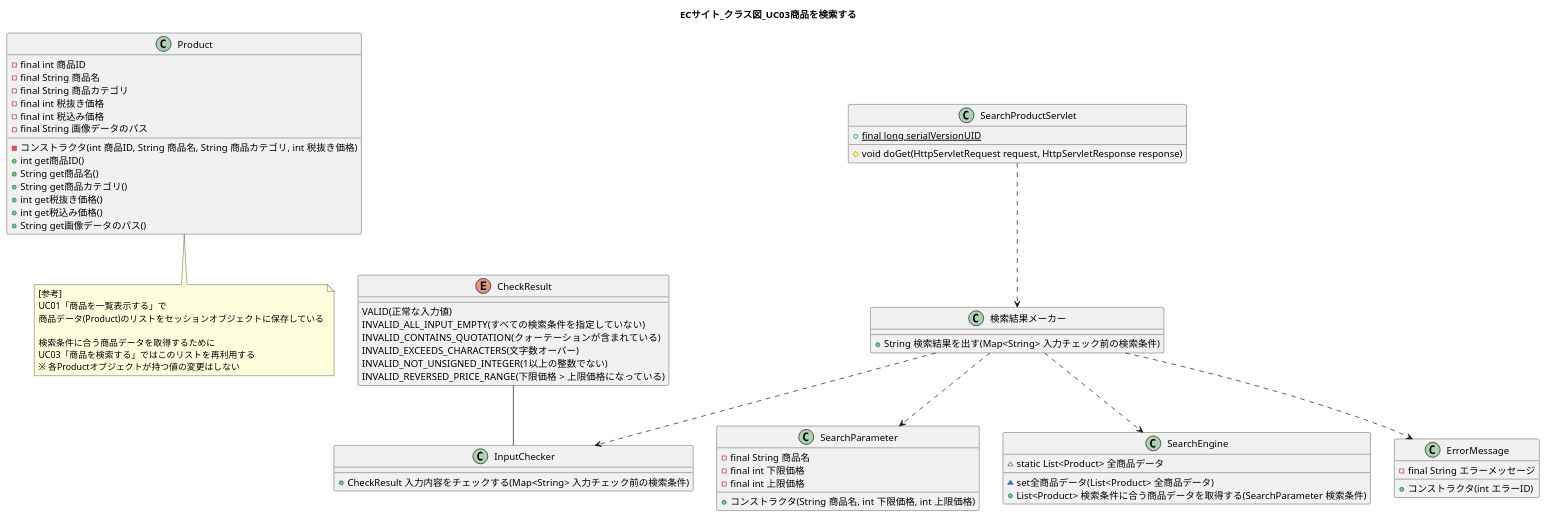
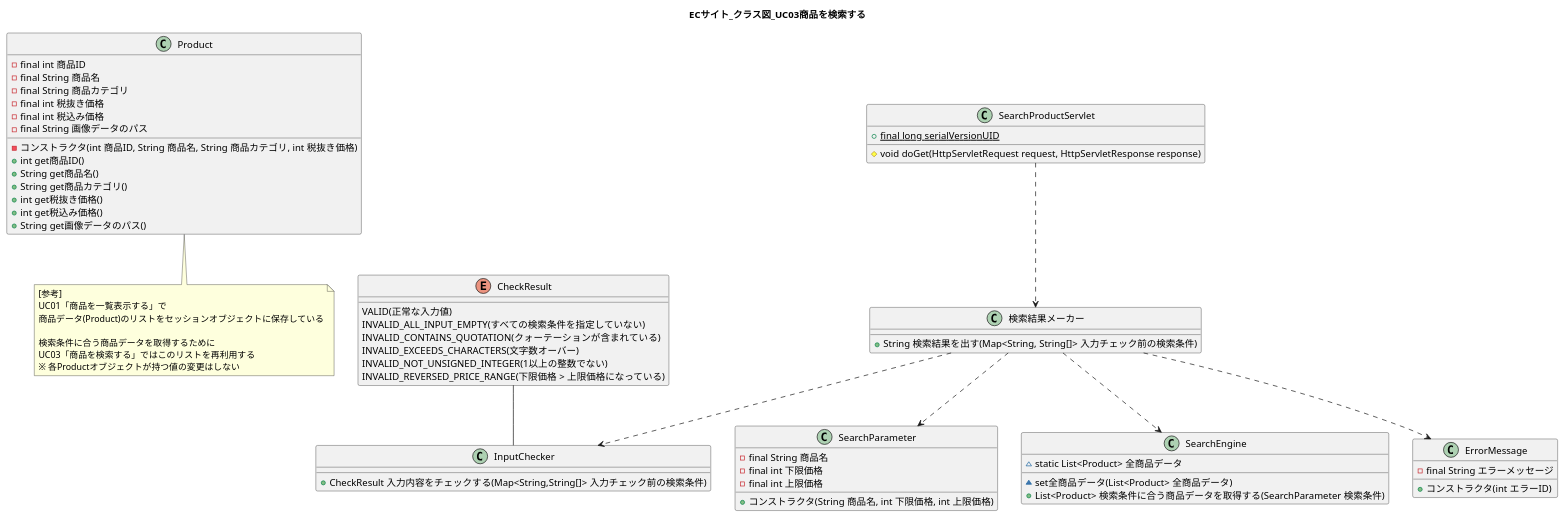
The diagram in UML/ClassDiag03.puml (wnakayama/ojt_ecsite), drawn with PlantUML before and after one commit. The commit also changed 3 other files, not shown here.

```diff
--- a/UML/ClassDiag03.puml
+++ b/UML/ClassDiag03.puml
@@ -1,76 +1,76 @@
 @startuml
 title ECサイト_クラス図_UC03商品を検索する
 
 class Product {
     -final int 商品ID
     -final String 商品名
     -final String 商品カテゴリ
     -final int 税抜き価格
     -final int 税込み価格
     -final String 画像データのパス
     -コンストラクタ(int 商品ID, String 商品名, String 商品カテゴリ, int 税抜き価格)
     +int get商品ID()
     +String get商品名()
     +String get商品カテゴリ()
     +int get税抜き価格()
     +int get税込み価格()
     +String get画像データのパス()
 }
 
 note bottom of Product
 [参考]
 UC01「商品を一覧表示する」で
 商品データ(Product)のリストをセッションオブジェクトに保存している
 
 検索条件に合う商品データを取得するために
 UC03「商品を検索する」ではこのリストを再利用する
 ※ 各Productオブジェクトが持つ値の変更はしない
 end note
 
 class SearchProductServlet {
     +{static} final long serialVersionUID
     #void doGet(HttpServletRequest request, HttpServletResponse response)
 }
 
 SearchProductServlet ..> 検索結果メーカー
 class 検索結果メーカー {
-    +String 検索結果を出す(Map<String> 入力チェック前の検索条件)
+    +String 検索結果を出す(Map<String, String[]> 入力チェック前の検索条件)
 }
 
 CheckResult -- InputChecker
 enum CheckResult {
     VALID(正常な入力値)
     INVALID_ALL_INPUT_EMPTY(すべての検索条件を指定していない)
     INVALID_CONTAINS_QUOTATION(クォーテーションが含まれている)
     INVALID_EXCEEDS_CHARACTERS(文字数オーバー)
     INVALID_NOT_UNSIGNED_INTEGER(1以上の整数でない)
     INVALID_REVERSED_PRICE_RANGE(下限価格 > 上限価格になっている)
 }
 
 検索結果メーカー ..> InputChecker
 class InputChecker {
-    +CheckResult 入力内容をチェックする(Map<String> 入力チェック前の検索条件)
+    +CheckResult 入力内容をチェックする(Map<String,String[]> 入力チェック前の検索条件)
 }
 
 検索結果メーカー ..> SearchParameter
 class SearchParameter {
     -final String 商品名
     -final int 下限価格
     -final int 上限価格
     +コンストラクタ(String 商品名, int 下限価格, int 上限価格)
 }
 
 検索結果メーカー ..> SearchEngine
 class SearchEngine {
     ~static List<Product> 全商品データ
     ~set全商品データ(List<Product> 全商品データ)
     +List<Product> 検索条件に合う商品データを取得する(SearchParameter 検索条件)
 }
 
 検索結果メーカー ..> ErrorMessage
 class ErrorMessage {
     -final String エラーメッセージ
     +コンストラクタ(int エラーID)
 }
 
 @enduml
```
